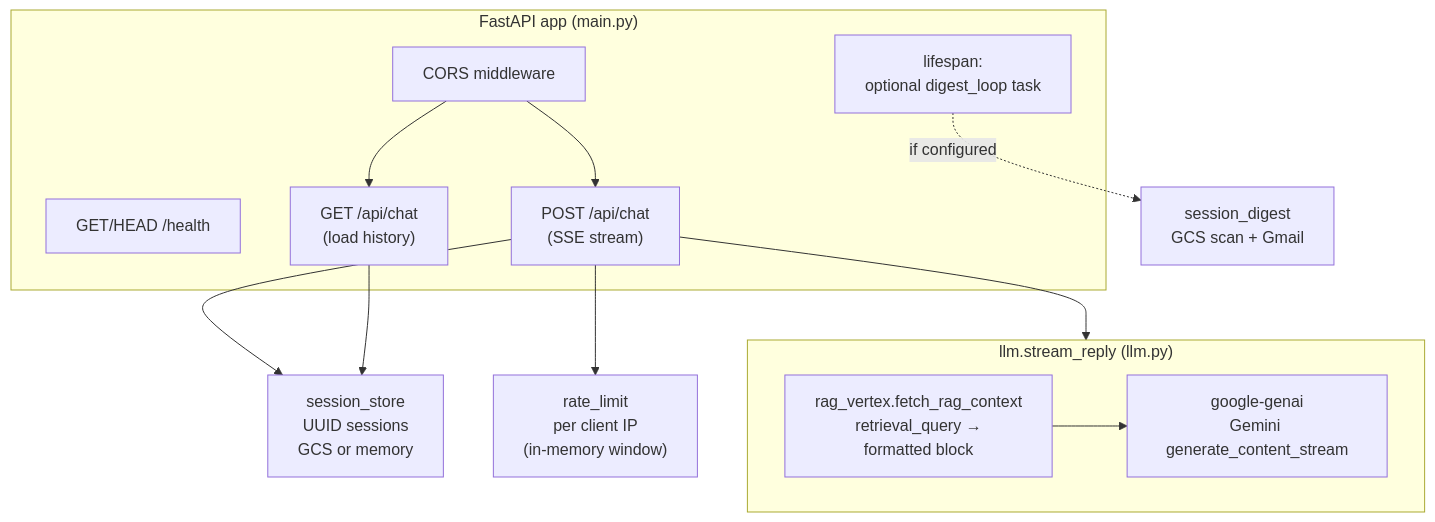
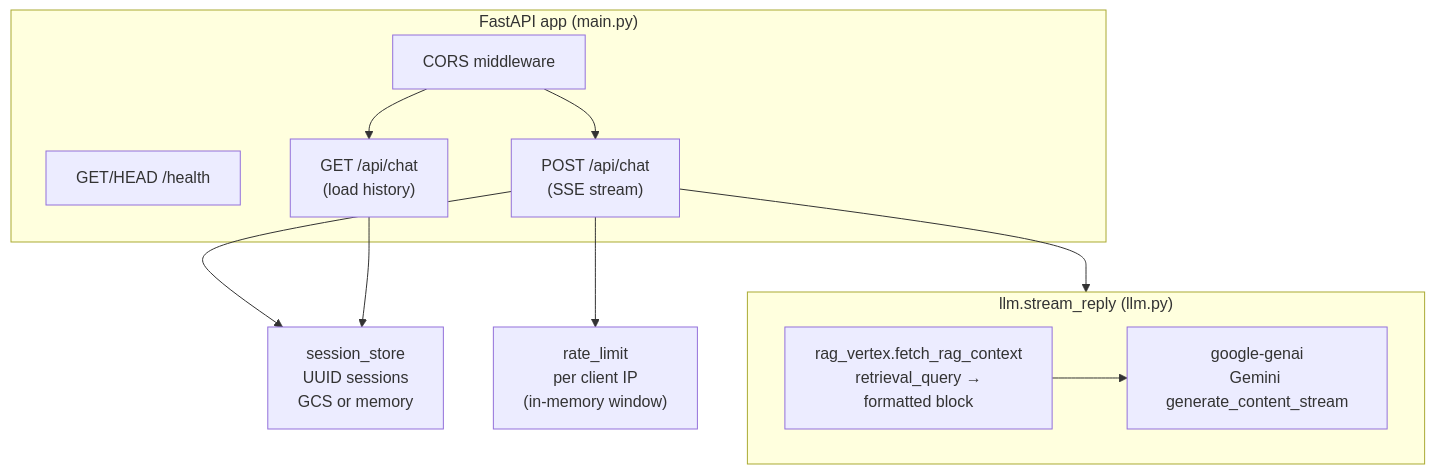
One commit to ak47/digital_twin changed the fifth of 6 diagrams in docs/ARCHITECTURE.md. Above: the diagram before and after it, drawn with Mermaid. The commit also changed other lines of this file and 11 other files, not shown here.

````diff
--- a/docs/ARCHITECTURE.md
+++ b/docs/ARCHITECTURE.md
@@ -160,28 +162,25 @@
 ```mermaid
 flowchart TB
     subgraph fastapi["FastAPI app (main.py)"]
         MW["CORS middleware"]
         H["GET/HEAD /health"]
         G["GET /api/chat\n(load history)"]
         P["POST /api/chat\n(SSE stream)"]
-        Life["lifespan:\noptional digest_loop task"]
     end
 
     RL["rate_limit\nper client IP\n(in-memory window)"]
     SS["session_store\nUUID sessions\nGCS or memory"]
-    Dig["session_digest\nGCS scan + Gmail"]
 
     subgraph llm_pipe["llm.stream_reply (llm.py)"]
         RAG["rag_vertex.fetch_rag_context\nretrieval_query →\nformatted block"]
         GEN["google-genai\nGemini generate_content_stream"]
         RAG --> GEN
     end
 
-    Life -.->|if configured| Dig
     MW --> G
     MW --> P
     P --> RL
     P --> SS
     P --> llm_pipe
     G --> SS
 ```
````
